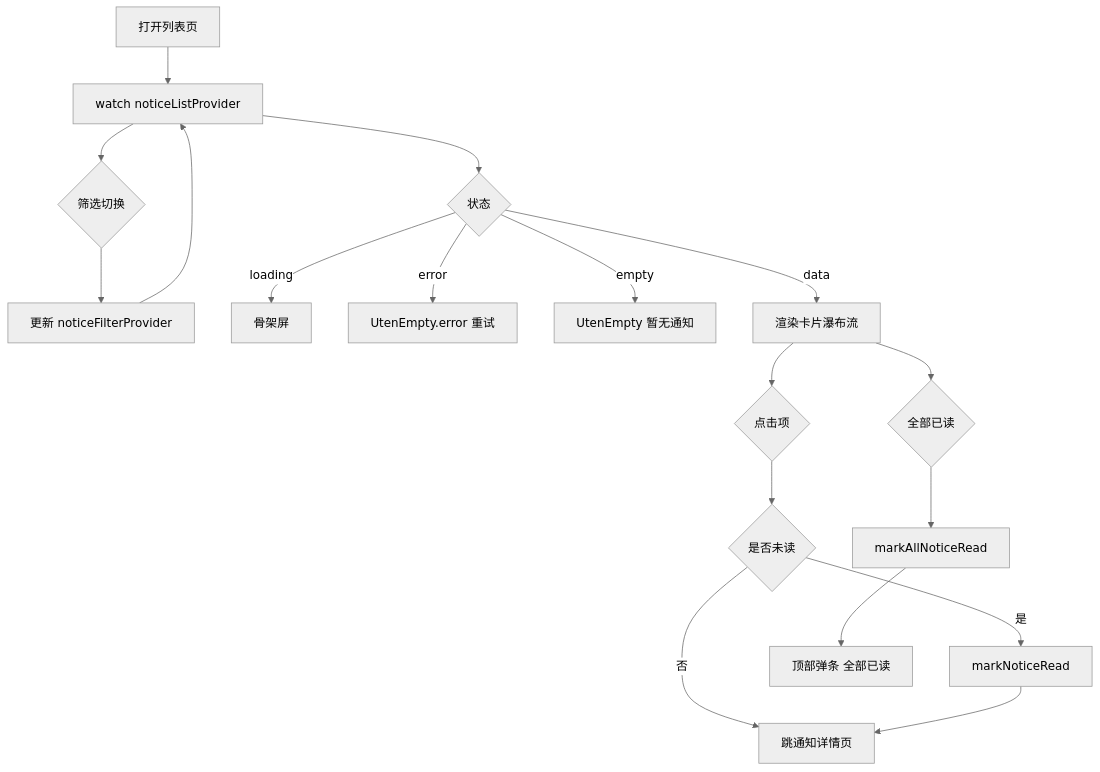
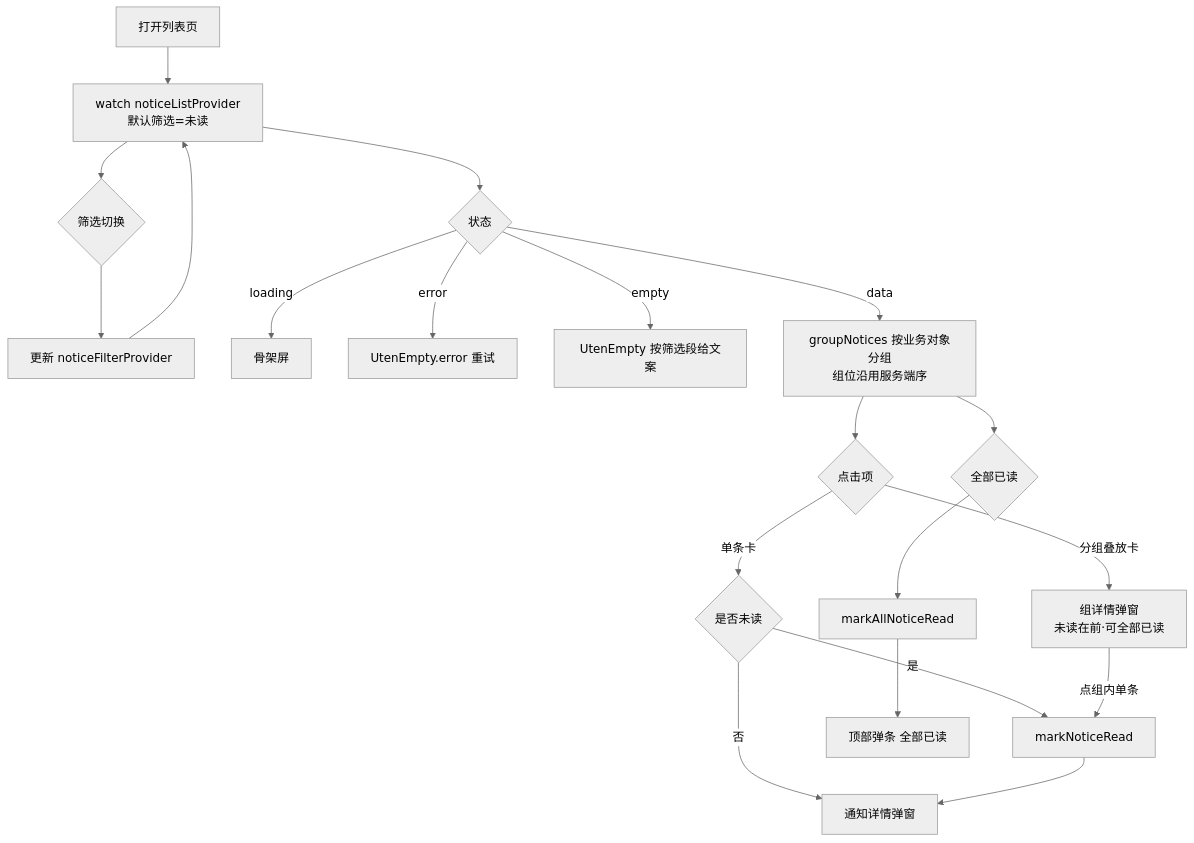
One commit to BruceChu0424/utenelec_imp changed the first of 3 diagrams in docs/03-页面/通知列表页.md. Above: the diagram before and after it, drawn with Mermaid (neutral theme). The commit also changed other lines of this file and 47 other files, not shown here.

````diff
--- a/docs/03-页面/通知列表页.md
+++ b/docs/03-页面/通知列表页.md
@@ -122,20 +145,22 @@
 ```mermaid
 flowchart TD
-    A[打开列表页] --> W[watch noticeListProvider]
+    A[打开列表页] --> W[watch noticeListProvider<br/>默认筛选=未读]
     W --> F{筛选切换}
     F --> FP[更新 noticeFilterProvider]
     FP --> W
     W --> S{状态}
     S -->|loading| SK[骨架屏]
     S -->|error| ER[UtenEmpty.error 重试]
-    S -->|empty| EM[UtenEmpty 暂无通知]
-    S -->|data| LIST[渲染卡片瀑布流]
-    LIST --> CLK{点击项}
-    CLK --> R{是否未读}
+    S -->|empty| EM[UtenEmpty 按筛选段给文案]
+    S -->|data| GRP[groupNotices 按业务对象分组<br/>组位沿用服务端序]
+    GRP --> CLK{点击项}
+    CLK -->|单条卡| R{是否未读}
     R -- 是 --> MR[markNoticeRead]
     R -- 否 --> D
-    MR --> D[跳通知详情页]
-    LIST --> AA{全部已读}
+    MR --> D[通知详情弹窗]
+    CLK -->|分组叠放卡| GD[组详情弹窗<br/>未读在前·可全部已读]
+    GD -->|点组内单条| MR
+    GRP --> AA{全部已读}
     AA --> MAR[markAllNoticeRead]
     MAR --> SB[顶部弹条 全部已读]
 ```
````
